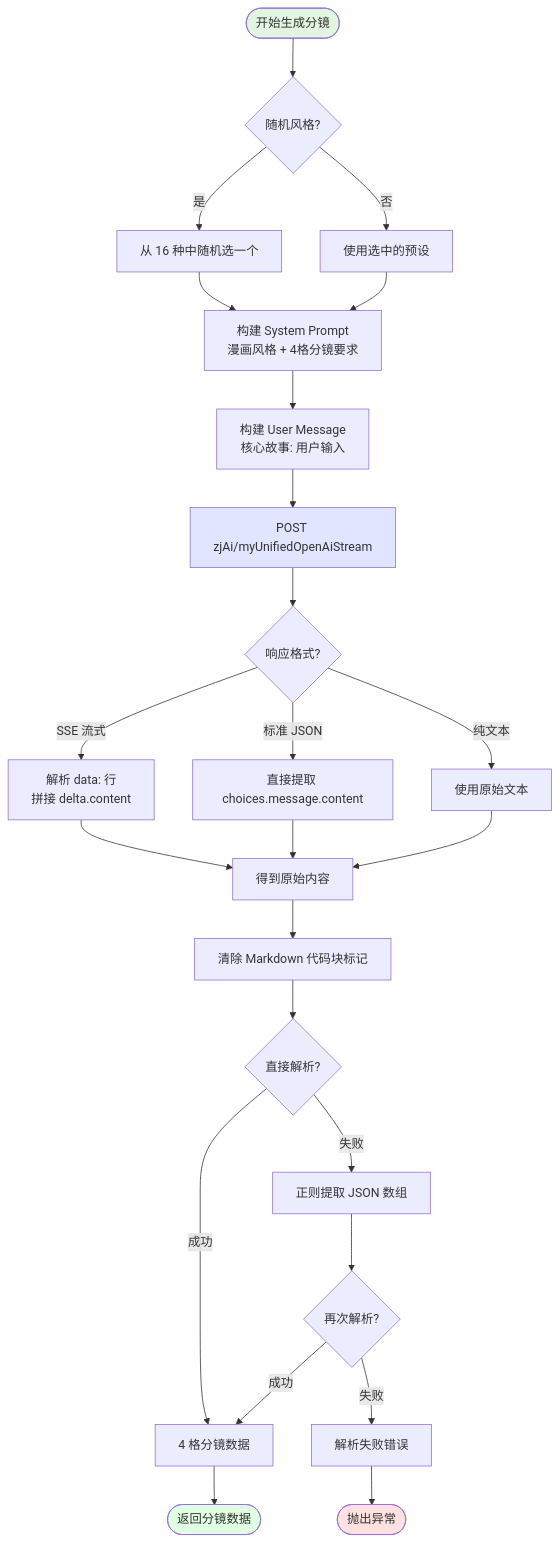
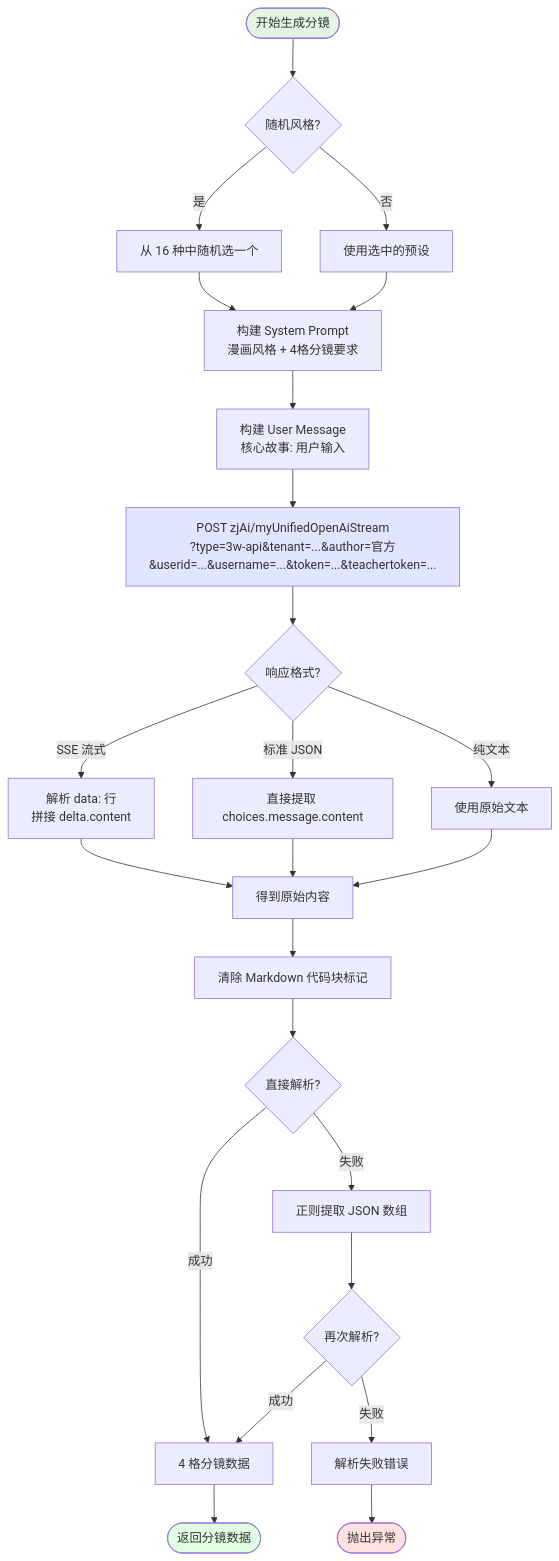
Before and after one commit to gersy0716-cloud/CompanyMAMALE: the second of 4 diagrams in 项目/待完成项目/生成漫画/docs/工作流程图.md, drawn with Mermaid. The commit also changed other lines of this file and 28 other files, not shown here.

````diff
--- a/项目/待完成项目/生成漫画/docs/工作流程图.md
+++ b/项目/待完成项目/生成漫画/docs/工作流程图.md
@@ -57,38 +58,38 @@
 ```mermaid
 flowchart TD
     Start([开始生成分镜]) --> CheckRandom{随机风格?}
     CheckRandom --> |是| PickRandom[从 16 种中随机选一个]
     CheckRandom --> |否| UseSelected[使用选中的预设]
     PickRandom --> BuildPrompt
     UseSelected --> BuildPrompt
 
     BuildPrompt["构建 System Prompt\n漫画风格 + 4格分镜要求"] --> UserMsg["构建 User Message\n核心故事: 用户输入"]
 
-    UserMsg --> CallAPI["POST zjAi/myUnifiedOpenAiStream"]
+    UserMsg --> CallAPI["POST zjAi/myUnifiedOpenAiStream\n?type=3w-api&tenant=...&author=官方&userid=...&username=...&token=...&teachertoken=..."]
     CallAPI --> CheckResp{响应格式?}
 
     CheckResp --> |SSE 流式| ParseSSE["解析 data: 行\n拼接 delta.content"]
     CheckResp --> |标准 JSON| ParseDirect["直接提取 choices.message.content"]
     CheckResp --> |纯文本| UseRaw[使用原始文本]
 
     ParseSSE --> RawContent[得到原始内容]
     ParseDirect --> RawContent
     UseRaw --> RawContent
 
     RawContent --> CleanJSON["清除 Markdown 代码块标记"]
     CleanJSON --> TryParse{直接解析?}
 
     TryParse --> |成功| Panels[4 格分镜数据]
     TryParse --> |失败| RegexMatch[正则提取 JSON 数组]
     RegexMatch --> TryParse2{再次解析?}
     TryParse2 --> |成功| Panels
     TryParse2 --> |失败| Error[解析失败错误]
 
     Panels --> End([返回分镜数据])
     Error --> ErrorEnd([抛出异常])
 
     style Start fill:#e1f5e1
     style End fill:#e1ffe1
     style ErrorEnd fill:#ffe1e1
     style CallAPI fill:#e1e5ff
 ```
````
